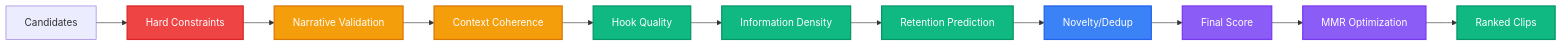
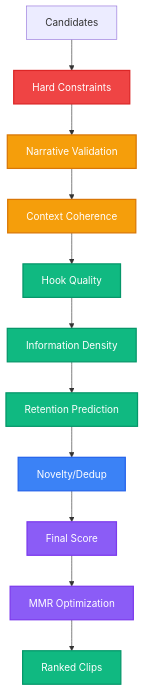
One commit to samm329-ui/Trimora_v2 changed diagram 14 of 15 in README.md. Above: the diagram before and after it, drawn with Mermaid. The commit also changed other lines of this file, not shown here.

First line of the commit message:
docs: fix Mermaid diagrams for mobile rendering

````diff
--- a/README.md
+++ b/README.md
@@ -1413,24 +1378,24 @@
 ```mermaid
-flowchart LR
+flowchart TB
     C["Candidates"] --> HC["Hard Constraints"]
     HC --> NV["Narrative Validation"]
     NV --> CTX["Context Coherence"]
     CTX --> HQ["Hook Quality"]
     HQ --> ID["Information Density"]
     ID --> RP["Retention Prediction"]
     RP --> ND["Novelty/Dedup"]
     ND --> FINAL["Final Score"]
     FINAL --> MMR["MMR Optimization"]
     MMR --> RANKED["Ranked Clips"]
 
     style HC fill:#ef4444,color:#fff,stroke:#dc2626,stroke-width:2px
     style NV fill:#f59e0b,color:#fff,stroke:#d97706,stroke-width:2px
     style CTX fill:#f59e0b,color:#fff,stroke:#d97706,stroke-width:2px
     style HQ fill:#10b981,color:#fff,stroke:#059669,stroke-width:2px
     style ID fill:#10b981,color:#fff,stroke:#059669,stroke-width:2px
     style RP fill:#10b981,color:#fff,stroke:#059669,stroke-width:2px
     style ND fill:#3b82f6,color:#fff,stroke:#2563eb,stroke-width:2px
     style FINAL fill:#8b5cf6,color:#fff,stroke:#7c3aed,stroke-width:2px
     style MMR fill:#8b5cf6,color:#fff,stroke:#7c3aed,stroke-width:2px
     style RANKED fill:#10b981,color:#fff,stroke:#059669,stroke-width:2px
 ```
````
